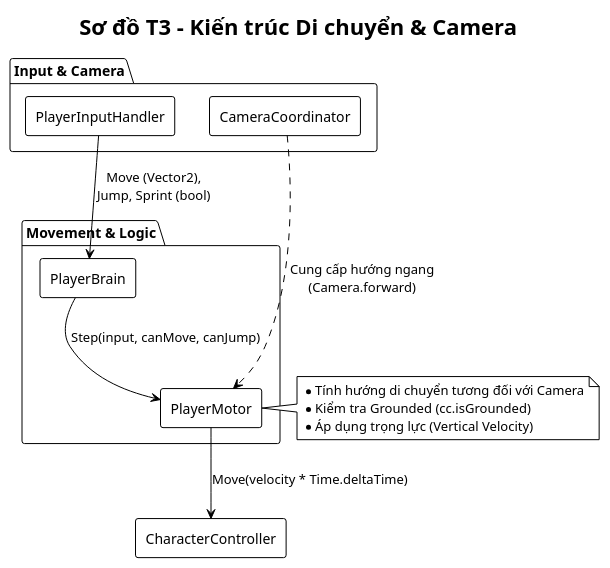
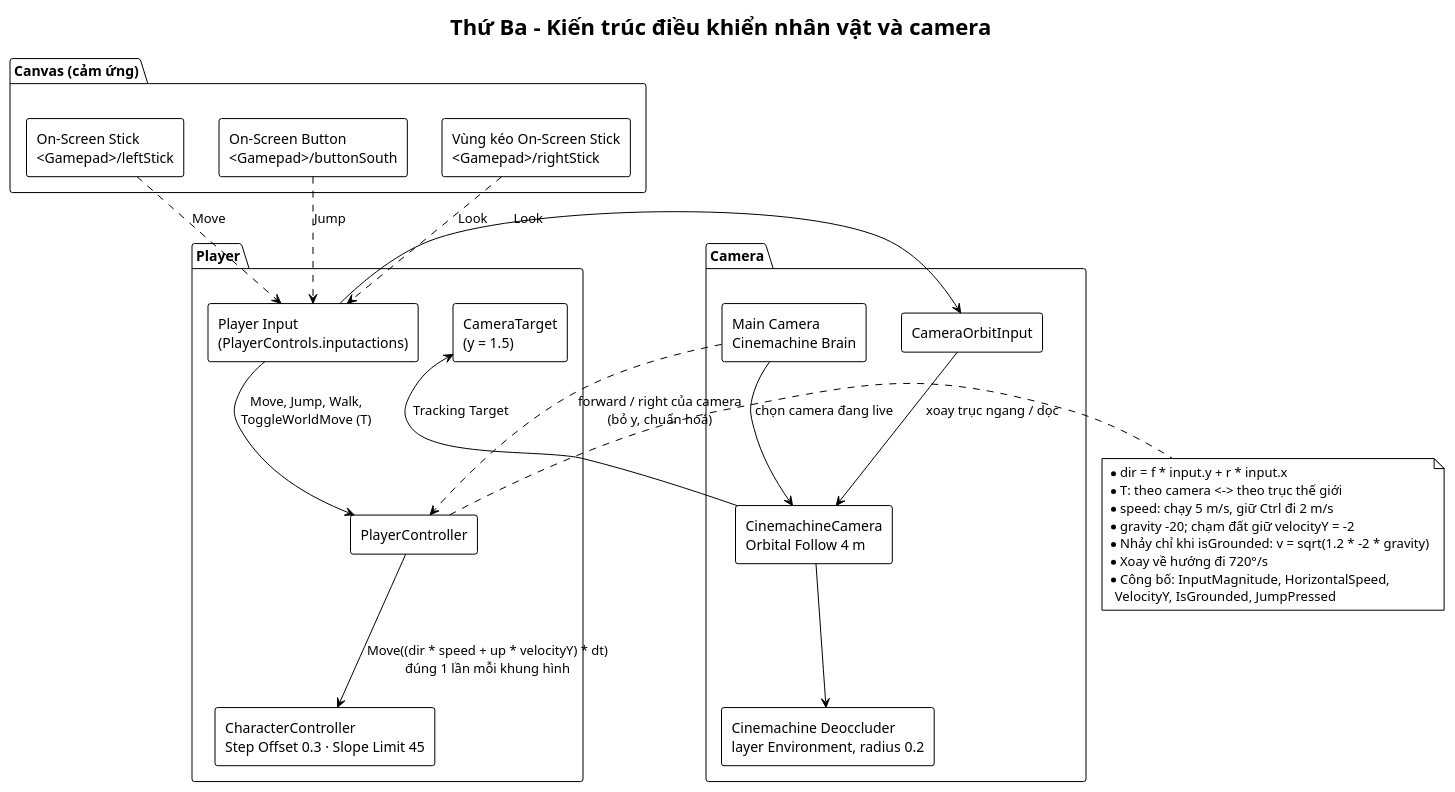
Before and after one commit to Vu-QuocHuy/game-3D-bao-cao: the first of 4 diagrams in Docs/Diagrams.puml, drawn with PlantUML. The commit also changed other lines of this file and 149 other files, not shown here.

```diff
--- a/Docs/Diagrams.puml
+++ b/Docs/Diagrams.puml
@@ -1,29 +1,49 @@
-@startuml T3_Architecture
+@startuml ThuBa_Architecture
 !theme plain
 skinparam componentStyle rectangle
 
-title Sơ đồ T3 - Kiến trúc Di chuyển & Camera
+title Thứ Ba - Kiến trúc điều khiển nhân vật và camera
 
-package "Input & Camera" {
-  [PlayerInputHandler] as Input
-  [CameraCoordinator] as Camera
+package "Player" {
+  [Player Input\n(PlayerControls.inputactions)] as Input
+  [PlayerController] as Controller
+  [CharacterController\nStep Offset 0.3 · Slope Limit 45] as CC
+  [CameraTarget\n(y = 1.5)] as Target
 }
 
-package "Movement & Logic" {
-  [PlayerBrain] as Brain
-  [PlayerMotor] as Motor
+package "Canvas (cảm ứng)" {
+  [On-Screen Stick\n<Gamepad>/leftStick] as Stick
+  [On-Screen Button\n<Gamepad>/buttonSouth] as JumpBtn
+  [Vùng kéo On-Screen Stick\n<Gamepad>/rightStick] as LookArea
 }
 
-[CharacterController] as CC
+package "Camera" {
+  [Main Camera\nCinemachine Brain] as Brain
+  [CinemachineCamera\nOrbital Follow 4 m] as VCam
+  [CameraOrbitInput] as OrbitInput
+  [Cinemachine Deoccluder\nlayer Environment, radius 0.2] as Deocc
+}
 
-Input --> Brain : Move (Vector2),\nJump, Sprint (bool)
-Camera ..> Motor : Cung cấp hướng ngang\n(Camera.forward)
-Brain --> Motor : Step(input, canMove, canJump)
-Motor --> CC : Move(velocity * Time.deltaTime)
+Stick ..> Input : Move
+JumpBtn ..> Input : Jump
+LookArea ..> Input : Look
+Input --> Controller : Move, Jump, Walk,\nToggleWorldMove (T)
+Input --> OrbitInput : Look
+OrbitInput --> VCam : xoay trục ngang / dọc
+VCam --> Target : Tracking Target
+VCam --> Deocc
+Brain --> VCam : chọn camera đang live
+Brain ..> Controller : forward / right của camera\n(bỏ y, chuẩn hoá)
+Controller --> CC : Move((dir * speed + up * velocityY) * dt)\nđúng 1 lần mỗi khung hình
 
-note right of Motor
-  * Tính hướng di chuyển tương đối với Camera
-  * Kiểm tra Grounded (cc.isGrounded)
-  * Áp dụng trọng lực (Vertical Velocity)
+note right of Controller
+  * dir = f * input.y + r * input.x
+  * T: theo camera <-> theo trục thế giới
+  * speed: chạy 5 m/s, giữ Ctrl đi 2 m/s
+  * gravity -20; chạm đất giữ velocityY = -2
+  * Nhảy chỉ khi isGrounded: v = sqrt(1.2 * -2 * gravity)
+  * Xoay về hướng đi 720°/s
+  * Công bố: InputMagnitude, HorizontalSpeed,
+    VelocityY, IsGrounded, JumpPressed
 end note
 @enduml
```
